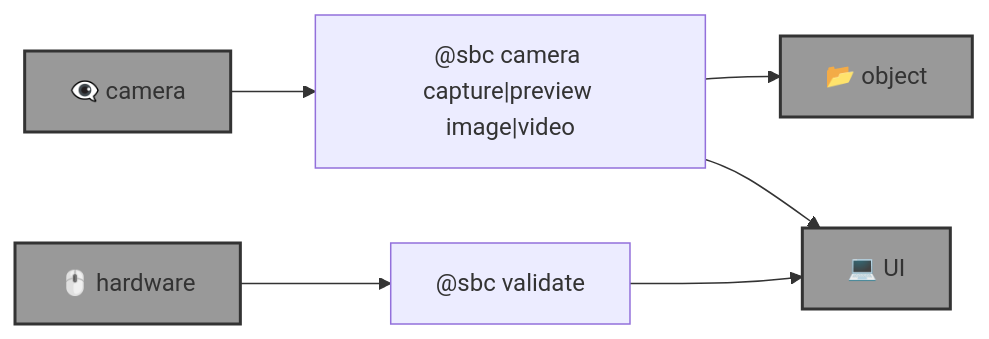
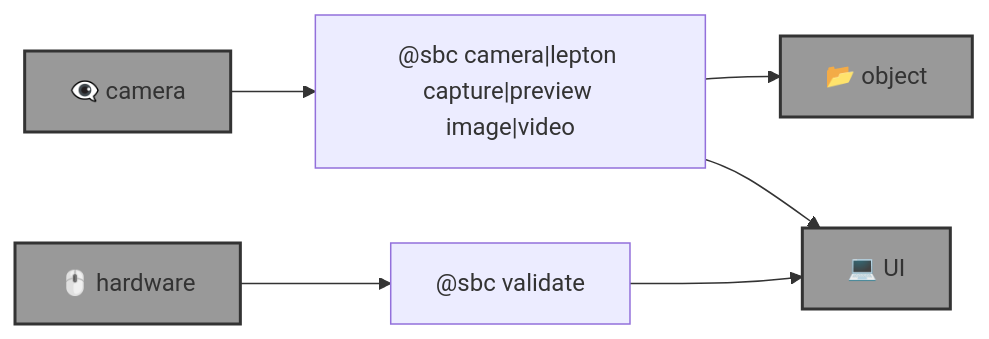
One commit to kamangir/eye changed the diagram in template.md. Above: the diagram before and after it, drawn with Mermaid. The commit also changed 2 other files, not shown here.

Commit message:
++ - kamangir/bolt#746

````diff
--- a/template.md
+++ b/template.md
@@ -11,20 +11,20 @@
 ```mermaid
 graph LR
-    camera["@sbc camera capture|preview image|video"]
+    camera["@sbc camera|lepton capture|preview image|video"]
 
     hardware_validate["@sbc <hardware> validate <options>"]
 
     object["📂 object"]:::folder
     camera_hardware["👁️‍🗨️ camera"]:::folder
     hardware["🖱️ hardware"]:::folder
     UI["💻 UI"]:::folder
 
     camera_hardware --> camera
     camera --> object
     camera --> UI
 
     hardware --> hardware_validate
     hardware_validate --> UI
 
     classDef folder fill:#999,stroke:#333,stroke-width:2px;
 ```
````
